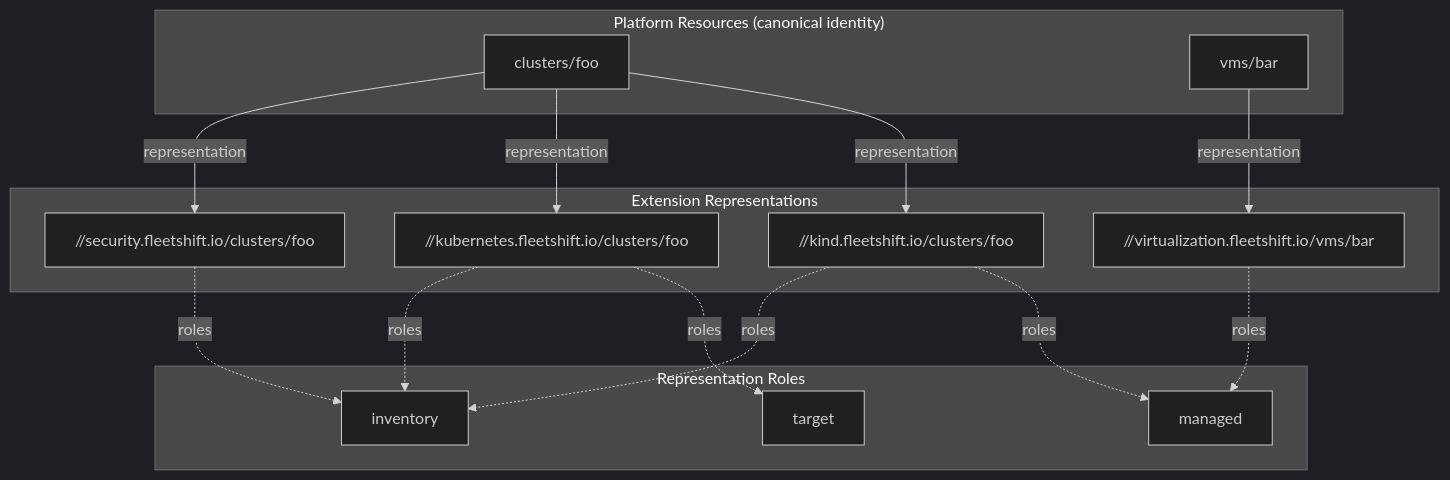
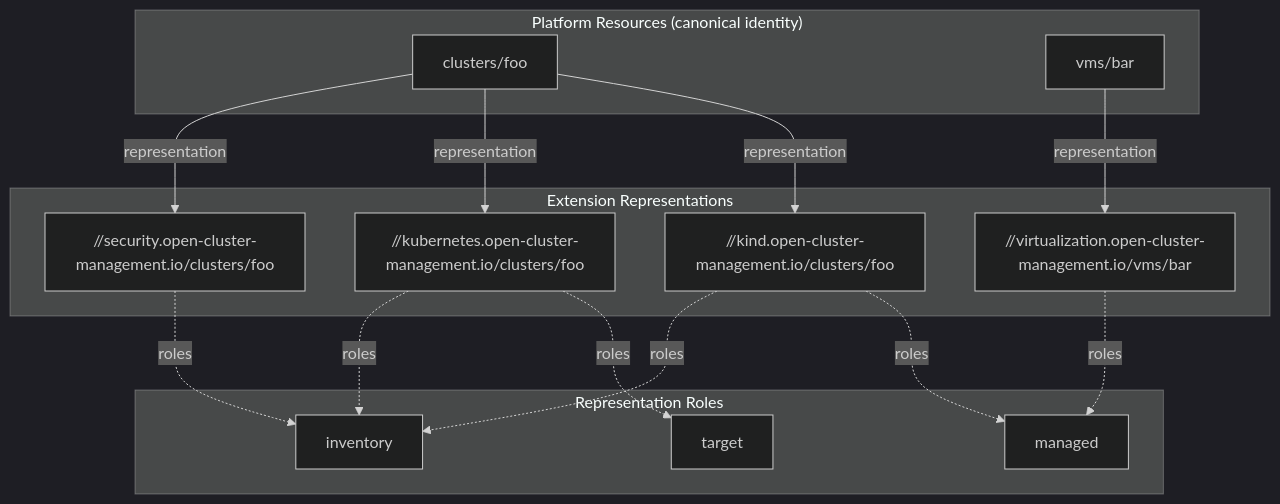
One commit to fleetshift/fleetshift-poc changed the diagram in docs/design/architecture/resource_identity_and_api.md. Above: the diagram before and after it, drawn with Mermaid (dark theme). The commit also changed other lines of this file and 1079 other files, not shown here.

````diff
--- a/docs/design/architecture/resource_identity_and_api.md
+++ b/docs/design/architecture/resource_identity_and_api.md
@@ -55,31 +55,31 @@
 ```mermaid
 graph TB
     subgraph platformLayer ["Platform Resources (canonical identity)"]
         platformCluster["clusters/foo"]
         platformVM["vms/bar"]
     end
 
     subgraph extLayer ["Extension Representations"]
-        kind["//kind.fleetshift.io/clusters/foo"]
-        k8s["//kubernetes.fleetshift.io/clusters/foo"]
-        security["//security.fleetshift.io/clusters/foo"]
-        virtualization["//virtualization.fleetshift.io/vms/bar"]
+        kind["//kind.open-cluster-management.io/clusters/foo"]
+        k8s["//kubernetes.open-cluster-management.io/clusters/foo"]
+        security["//security.open-cluster-management.io/clusters/foo"]
+        virtualization["//virtualization.open-cluster-management.io/vms/bar"]
     end
 
     subgraph rolesLegend ["Representation Roles"]
         managed["managed"]
         inventory["inventory"]
         target["target"]
     end
 
     platformCluster -->|representation| kind
     platformCluster -->|representation| k8s
     platformCluster -->|representation| security
     kind -.->|roles| managed
     kind -.->|roles| inventory
     k8s -.->|roles| target
     k8s -.->|roles| inventory
     security -.->|roles| inventory
     platformVM -->|representation| virtualization
     virtualization -.->|roles| managed
 ```
````
